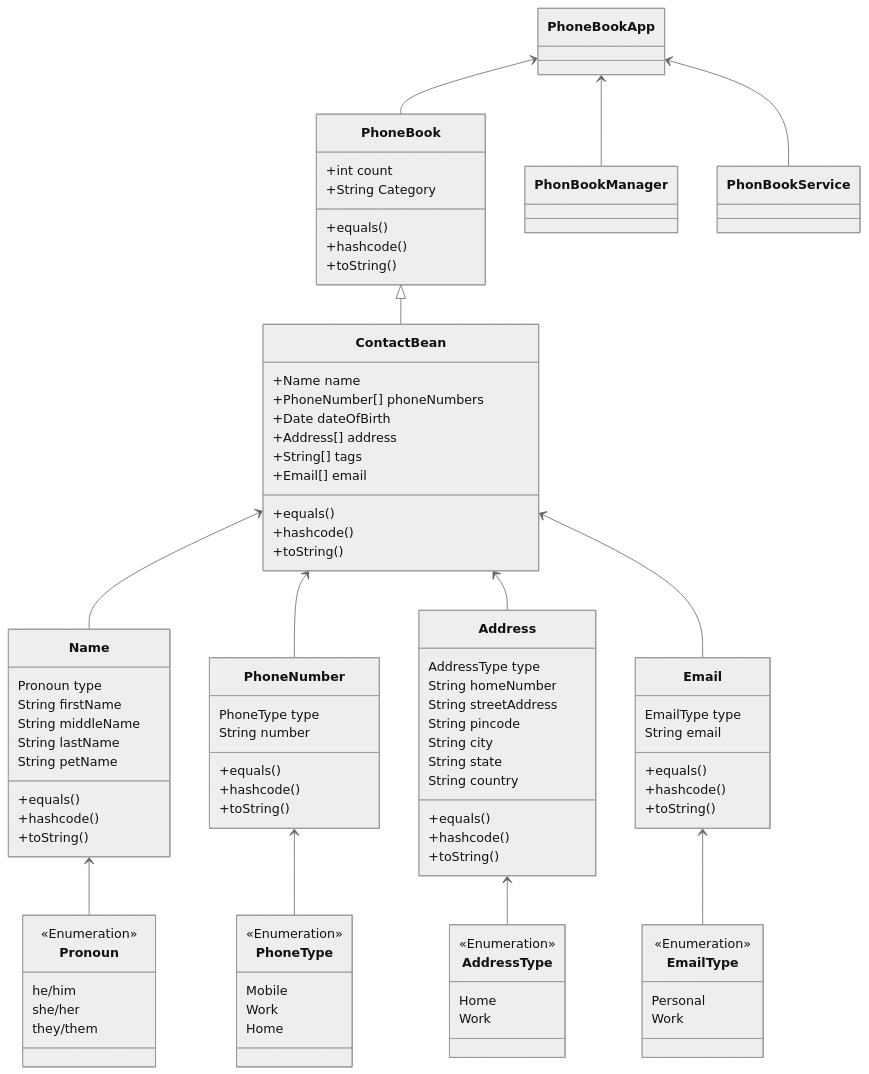
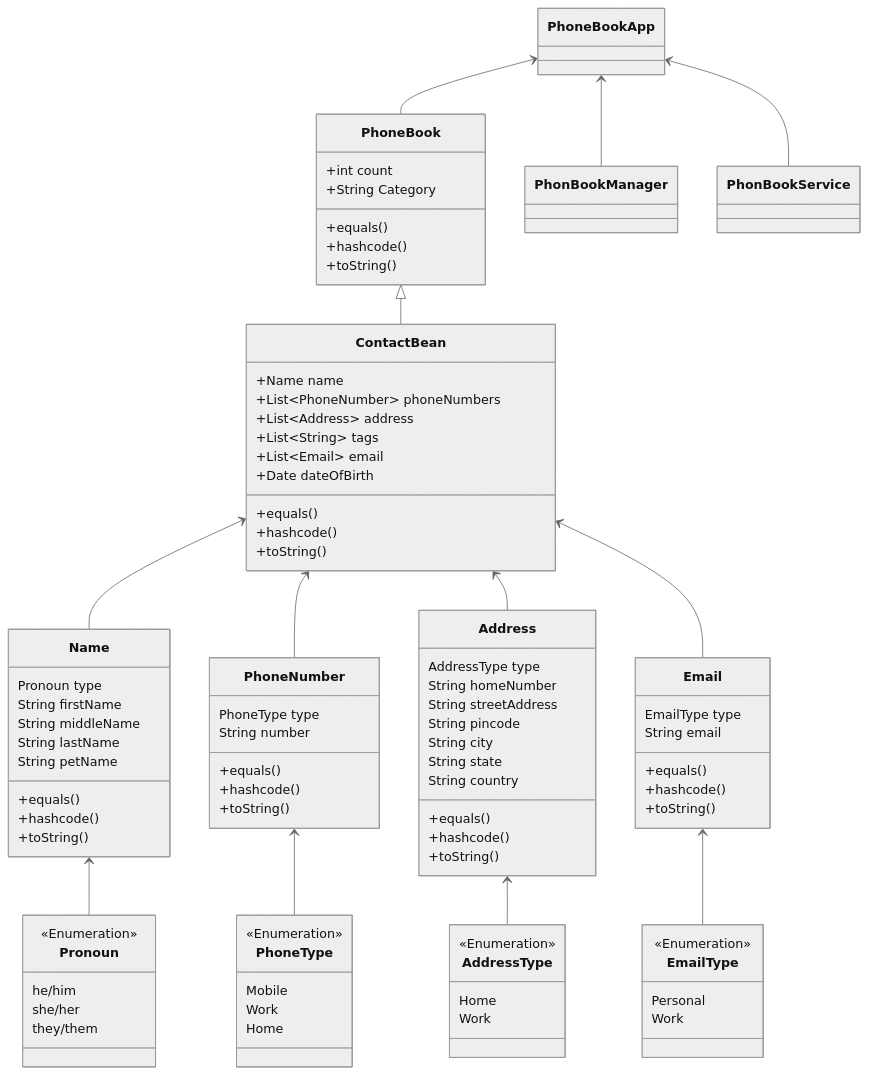
The diagram in design docs/classDiagram.md (mariojoshua/PhoneBookApp_Java), drawn with Mermaid (neutral theme) before and after one commit.

Commit message:
Converted Array to List

```diff
--- a/design docs/classDiagram.md
+++ b/design docs/classDiagram.md
@@ -18,11 +18,11 @@
     ContactBean <-- Email
     class ContactBean{
         +Name name
-        +PhoneNumber[] phoneNumbers
+        +List~PhoneNumber~ phoneNumbers
+        +List~Address~ address 
+        +List~String~ tags 
+        +List~Email~ email 
         +Date dateOfBirth
-        +Address[] address 
-        +String[] tags 
-        +Email[] email 
         +equals()
         +hashcode()
         +toString()
```
